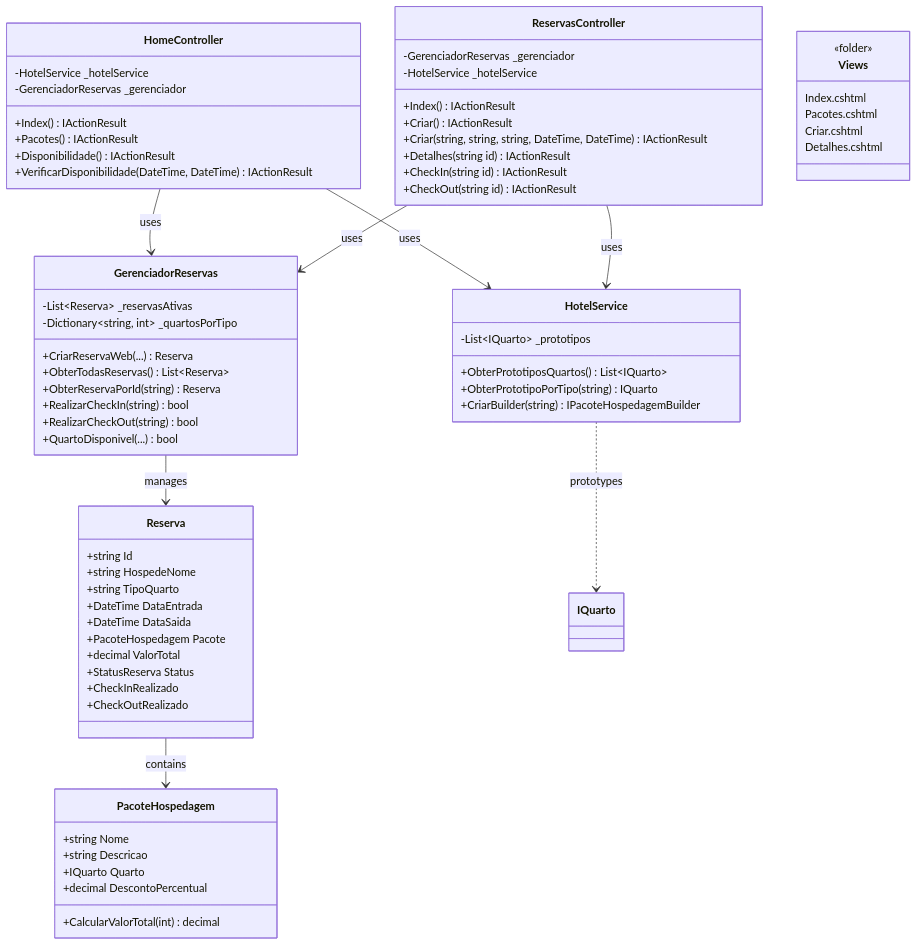
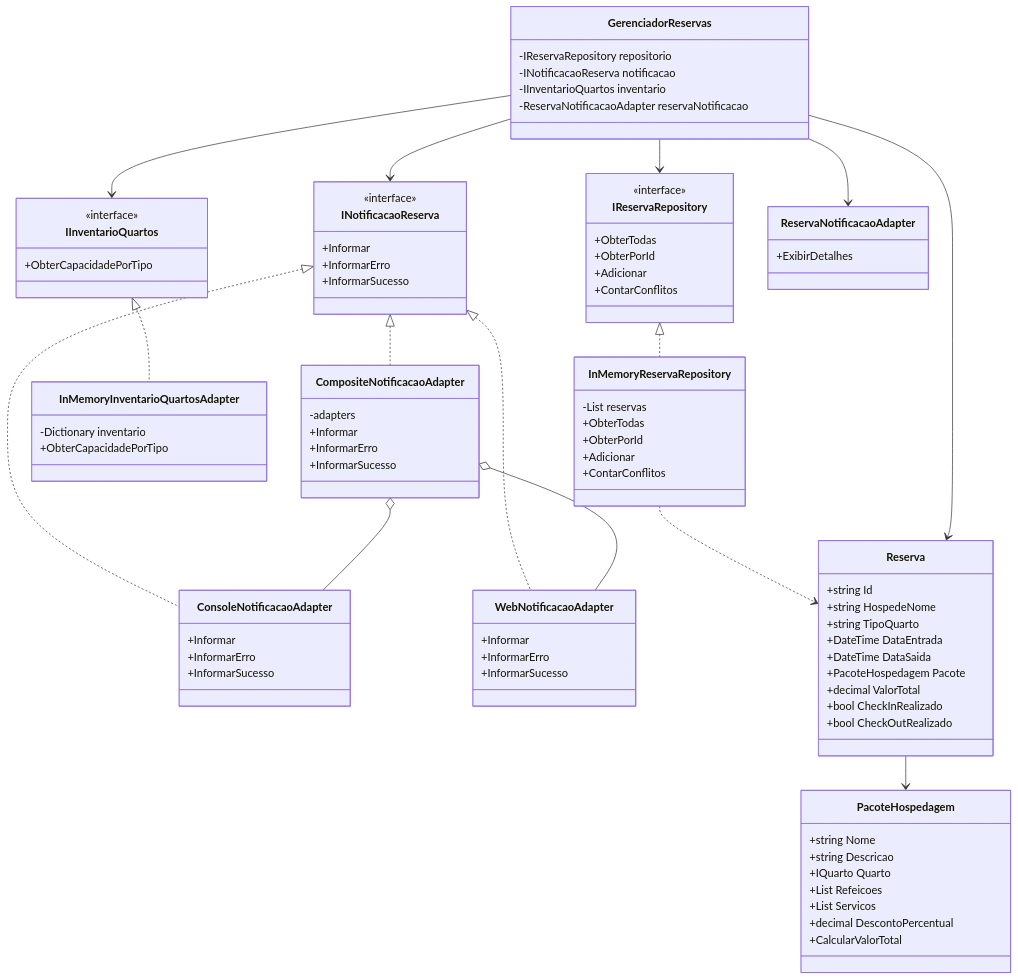
The fourth of 8 diagrams in diagrams.mermaid (AndreUSDrei/Hotelaria2.0), drawn with Mermaid before and after one commit. The commit also changed other lines of this file and 20 other files, not shown here.

````diff
--- a/diagrams.mermaid
+++ b/diagrams.mermaid
@@ -166,48 +424,70 @@
 ```mermaid
 classDiagram
     direction TB
-    
-    %% Controllers
-    class HomeController {
-        -HotelService _hotelService
-        -GerenciadorReservas _gerenciador
-        +Index() IActionResult
-        +Pacotes() IActionResult
-        +Disponibilidade() IActionResult
-        +VerificarDisponibilidade(DateTime, DateTime) IActionResult
+
+    class GerenciadorReservas {
+        -IReservaRepository repositorio
+        -INotificacaoReserva notificacao
+        -IInventarioQuartos inventario
+        -ReservaNotificacaoAdapter reservaNotificacao
     }
-    
-    class ReservasController {
-        -GerenciadorReservas _gerenciador
-        -HotelService _hotelService
-        +Index() IActionResult
-        +Criar() IActionResult
-        +Criar(string, string, string, DateTime, DateTime) IActionResult
-        +Detalhes(string id) IActionResult
-        +CheckIn(string id) IActionResult
-        +CheckOut(string id) IActionResult
+
+    class IReservaRepository {
+        <<interface>>
+        +ObterTodas
+        +ObterPorId
+        +Adicionar
+        +ContarConflitos
     }
-    
-    %% Services
-    class HotelService {
-        -List~IQuarto~ _prototipos
-        +ObterPrototiposQuartos() List~IQuarto~
-        +ObterPrototipoPorTipo(string) IQuarto
-        +CriarBuilder(string) IPacoteHospedagemBuilder
+
+    class InMemoryReservaRepository {
+        -List reservas
+        +ObterTodas
+        +ObterPorId
+        +Adicionar
+        +ContarConflitos
     }
-    
-    class GerenciadorReservas {
-        -List~Reserva~ _reservasAtivas
-        -Dictionary~string, int~ _quartosPorTipo
-        +CriarReservaWeb(...) Reserva
-        +ObterTodasReservas() List~Reserva~
-        +ObterReservaPorId(string) Reserva
-        +RealizarCheckIn(string) bool
-        +RealizarCheckOut(string) bool
-        +QuartoDisponivel(...) bool
+
+    class IInventarioQuartos {
+        <<interface>>
+        +ObterCapacidadePorTipo
     }
-    
-    %% Models
+
+    class InMemoryInventarioQuartosAdapter {
+        -Dictionary inventario
+        +ObterCapacidadePorTipo
+    }
+
+    class INotificacaoReserva {
+        <<interface>>
+        +Informar
+        +InformarErro
+        +InformarSucesso
+    }
+
+    class CompositeNotificacaoAdapter {
+        -adapters
+        +Informar
+        +InformarErro
+        +InformarSucesso
+    }
+
+    class ConsoleNotificacaoAdapter {
+        +Informar
+        +InformarErro
+        +InformarSucesso
+    }
+
+    class WebNotificacaoAdapter {
+        +Informar
+        +InformarErro
+        +InformarSucesso
+    }
+
+    class ReservaNotificacaoAdapter {
+        +ExibirDetalhes
+    }
+
     class Reserva {
         +string Id
         +string HospedeNome
@@ -216,34 +496,35 @@
         +DateTime DataSaida
         +PacoteHospedagem Pacote
         +decimal ValorTotal
-        +StatusReserva Status
-        +CheckInRealizado
-        +CheckOutRealizado
+        +bool CheckInRealizado
+        +bool CheckOutRealizado
     }
-    
+
     class PacoteHospedagem {
         +string Nome
         +string Descricao
         +IQuarto Quarto
+        +List Refeicoes
+        +List Servicos
         +decimal DescontoPercentual
-        +CalcularValorTotal(int) decimal
+        +CalcularValorTotal
     }
-    
-    %% Views (simplificado)
-    class Views {
-        <<folder>>
-        Index.cshtml
-        Pacotes.cshtml
-        Criar.cshtml
-        Detalhes.cshtml
-    }
-    
-    %% Relacionamentos
-    HomeController --> HotelService : uses
-    HomeController --> GerenciadorReservas : uses
-    ReservasController --> HotelService : uses
-    ReservasController --> GerenciadorReservas : uses
-    GerenciadorReservas --> Reserva : manages
-    Reserva --> PacoteHospedagem : contains
-    HotelService ..> IQuarto : prototypes
+
+    GerenciadorReservas --> IReservaRepository
+    GerenciadorReservas --> IInventarioQuartos
+    GerenciadorReservas --> INotificacaoReserva
+    GerenciadorReservas --> ReservaNotificacaoAdapter
+
+    IReservaRepository <|.. InMemoryReservaRepository
+    IInventarioQuartos <|.. InMemoryInventarioQuartosAdapter
+    INotificacaoReserva <|.. CompositeNotificacaoAdapter
+    INotificacaoReserva <|.. ConsoleNotificacaoAdapter
+    INotificacaoReserva <|.. WebNotificacaoAdapter
+
+    CompositeNotificacaoAdapter o-- ConsoleNotificacaoAdapter
+    CompositeNotificacaoAdapter o-- WebNotificacaoAdapter
+
+    InMemoryReservaRepository ..> Reserva
+    GerenciadorReservas --> Reserva
+    Reserva --> PacoteHospedagem
 ```
````
